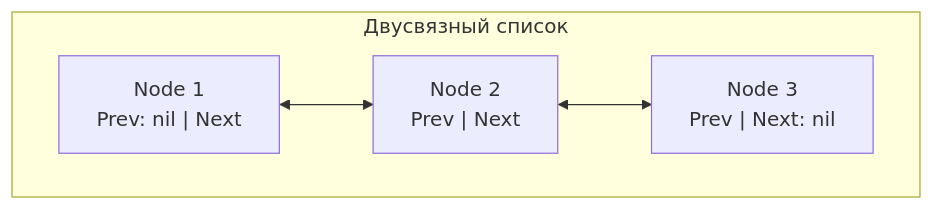
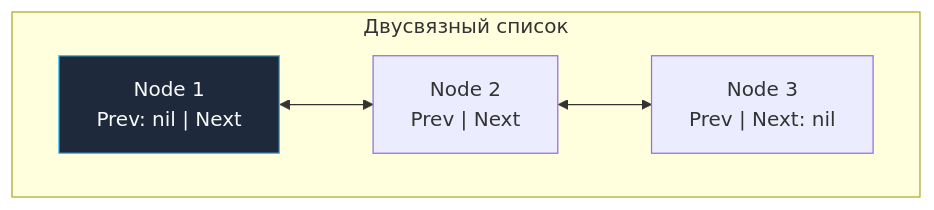
Before and after one commit to UnrealTemplier/go-textbook: the second of 5 diagrams in sources/20. Алгоритмы и структуры данных (DSA) на Go/02. Базовые структуры данных/3. Связные списки.md, drawn with Mermaid. The commit also changed other lines of this file and 1666 other files, not shown here.

First line of the commit message:
feat(mermaid): add semantic color classDef to 1369 colorless flowchart/graph diagrams

````diff
--- a/sources/20. Алгоритмы и структуры данных (DSA) на Go/02. Базовые структуры данных/3. Связные списки.md
+++ b/sources/20. Алгоритмы и структуры данных (DSA) на Go/02. Базовые структуры данных/3. Связные списки.md
@@ -31,7 +41,17 @@
 ```mermaid
 flowchart LR
+    classDef process  fill:#1e293b,stroke:#38bdf8,stroke-width:1px,color:#f8fafc
+    classDef success  fill:#064e3b,stroke:#34d399,stroke-width:1px,color:#f8fafc
+    classDef error    fill:#7f1d1d,stroke:#f87171,stroke-width:1px,color:#f8fafc
+    classDef warning  fill:#78350f,stroke:#fbbf24,stroke-width:1px,color:#f8fafc
+    classDef entry    fill:#1e3a5f,stroke:#38bdf8,stroke-width:2px,color:#f8fafc
+    classDef aux      fill:#334155,stroke:#64748b,stroke-width:1px,color:#f8fafc
+    classDef system   fill:#312e81,stroke:#a78bfa,stroke-width:1px,color:#f8fafc
+    classDef data     fill:#132d29,stroke:#2dd4bf,stroke-width:1px,color:#f8fafc
+    classDef network  fill:#881337,stroke:#fb7185,stroke-width:1px,color:#f8fafc
+    classDef accent   fill:#1e1b4b,stroke:#818cf8,stroke-width:1px,color:#f8fafc
     subgraph DoublyList["Двусвязный список"]
         direction LR
-        D1["Node 1<br/>Prev: nil | Next"] <--> D2["Node 2<br/>Prev | Next"] <--> D3["Node 3<br/>Prev | Next: nil"]
+        D1["Node 1<br/>Prev: nil | Next"]:::process <--> D2["Node 2<br/>Prev | Next"] <--> D3["Node 3<br/>Prev | Next: nil"]
     end
 ```
````
